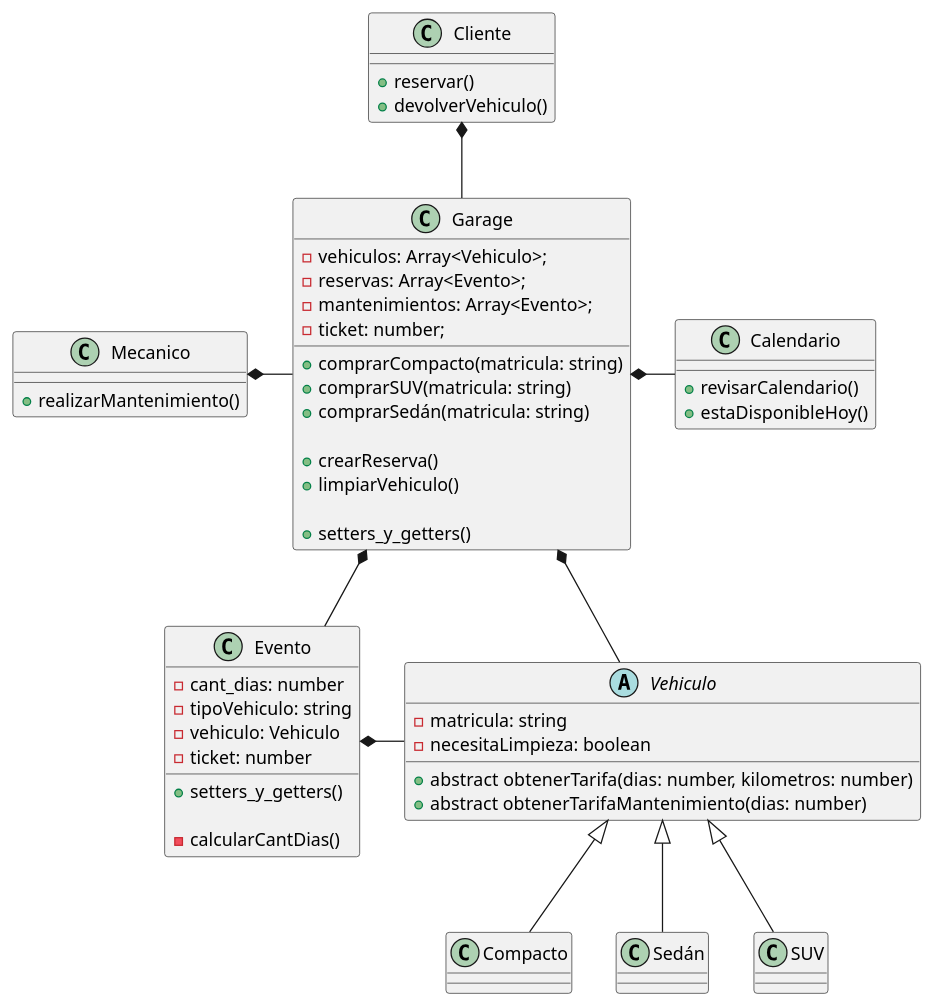
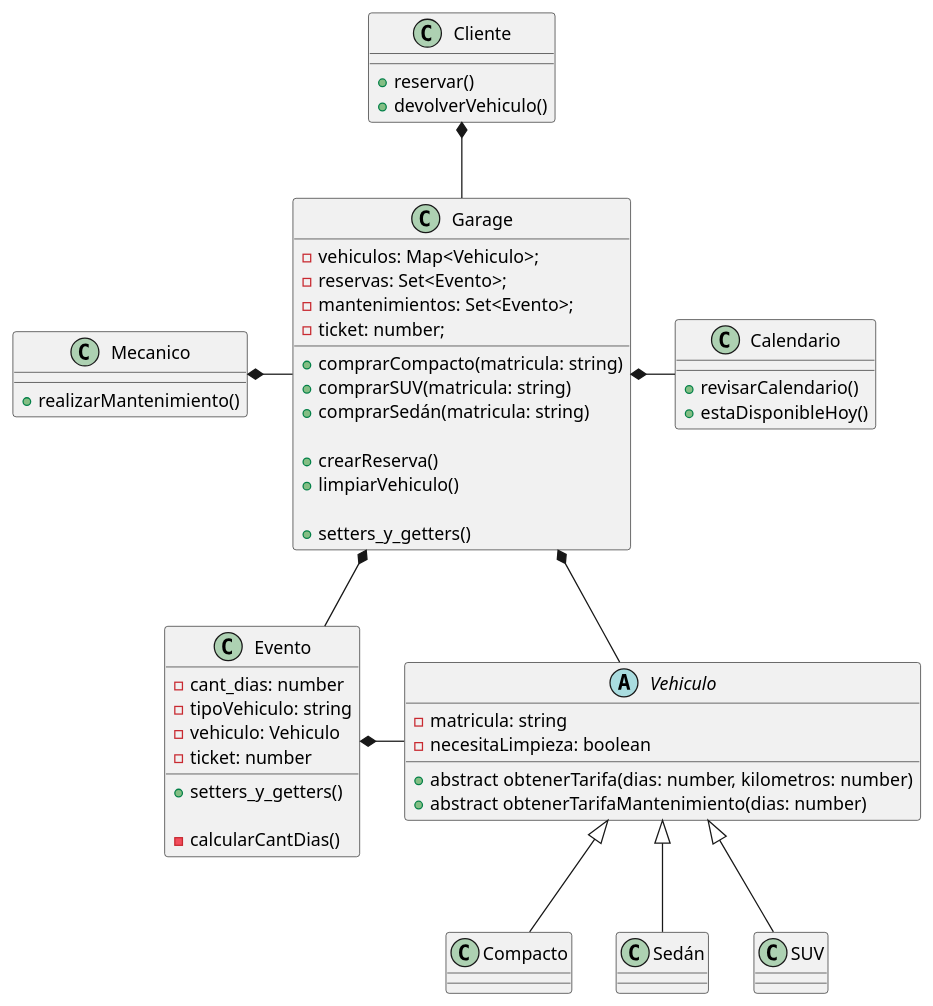
Before and after one commit to AlejoSuarez-37/Trabajo-Practico-Grupo16: the diagram in diagramas/clases.puml, drawn with PlantUML. The commit also changed 3 other files, not shown here.

```diff
--- a/diagramas/clases.puml
+++ b/diagramas/clases.puml
@@ -1,78 +1,78 @@
 @startuml Diagrama de clases
 class Garage {
-    - vehiculos: Array<Vehiculo>;
-    - reservas: Array<Evento>;
-    - mantenimientos: Array<Evento>;
+    - vehiculos: Map<Vehiculo>;
+    - reservas: Set<Evento>;
+    - mantenimientos: Set<Evento>;
     - ticket: number;
 
     + comprarCompacto(matricula: string)
     + comprarSUV(matricula: string)
     + comprarSedán(matricula: string)
 
     + crearReserva()
     + limpiarVehiculo()
 
     + setters_y_getters()
 }
 
 class Cliente {
     + reservar()
     + devolverVehiculo()
 }
 
 class Mecanico {
     + realizarMantenimiento()
 }
 
 abstract class Vehiculo {
     - matricula: string
     - necesitaLimpieza: boolean
     
     + abstract obtenerTarifa(dias: number, kilometros: number)
     + abstract obtenerTarifaMantenimiento(dias: number)
 }
 
 class Compacto {
 
 }
 class Sedán {
 
 }
 class SUV {
 
 }
 
 class Evento {
     - cant_dias: number
     - tipoVehiculo: string
     - vehiculo: Vehiculo
     - ticket: number
 
     + setters_y_getters()
 
     - calcularCantDias()
 }
 
 class Calendario {
     + revisarCalendario()
     + estaDisponibleHoy()
 }
 
 
 ' Relaciones
 
 Cliente *-- Garage
 
 Mecanico *-r- Garage
 
 Garage *-d- Vehiculo
 Garage *-d- Evento
 Garage *-r- Calendario
 
 Evento *-r- Vehiculo
 
 Vehiculo <|-- Compacto
 Vehiculo <|-- Sedán
 Vehiculo <|-- SUV
 
 @enduml
```
